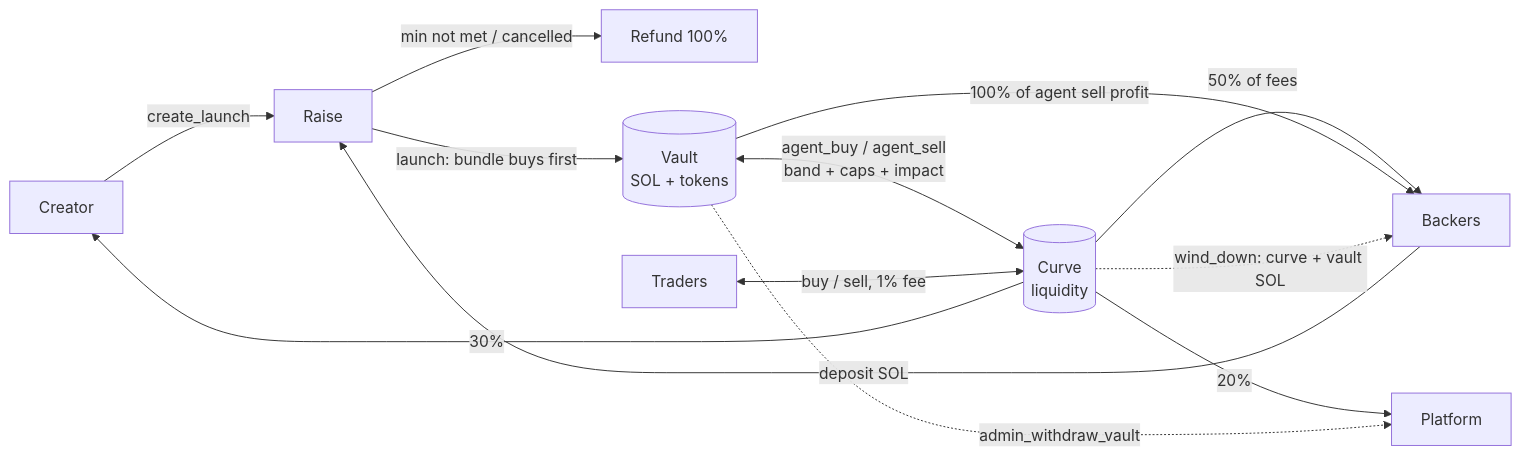
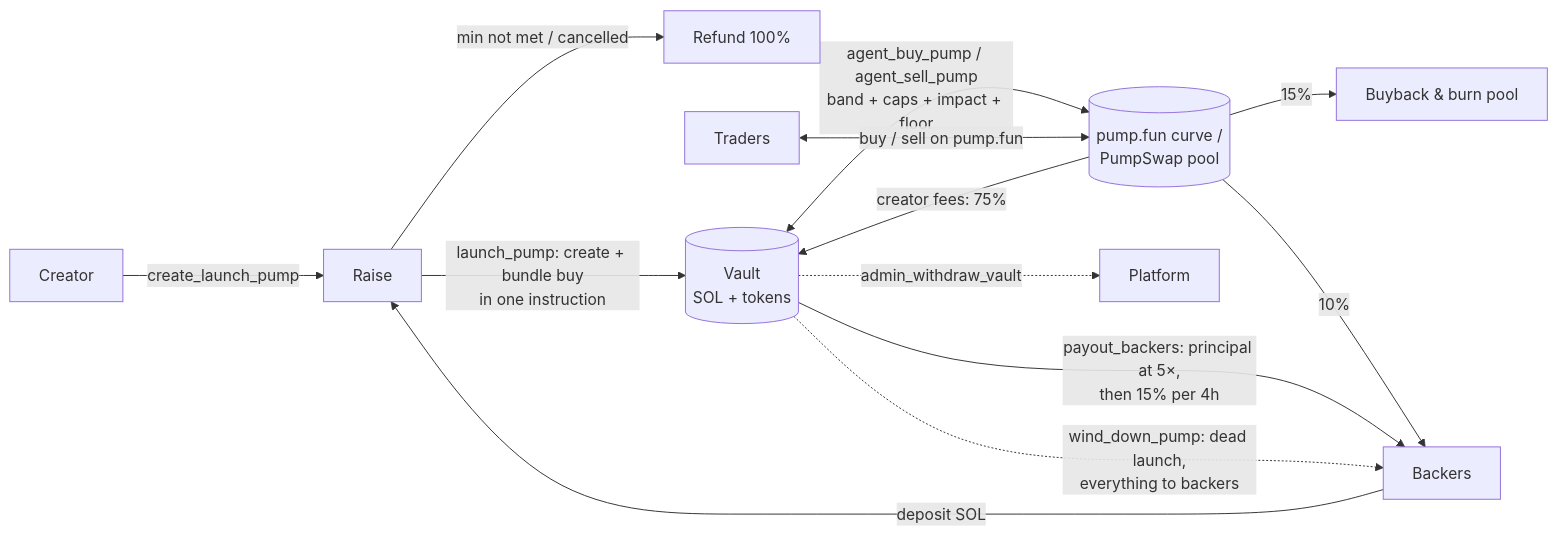
One commit to realdoomsman/moshsol changed the diagram in README.md. Above: the diagram before and after it, drawn with Mermaid. The commit also changed other lines of this file and 230 other files, not shown here.

````diff
--- a/README.md
+++ b/README.md
@@ -10,15 +17,15 @@
 ```mermaid
 flowchart LR
-  C[Creator] -->|create_launch| R[Raise]
+  C[Creator] -->|create_launch_pump| R[Raise]
   B[Backers] -->|deposit SOL| R
   R -->|min not met / cancelled| RF[Refund 100%]
-  R -->|launch: bundle buys first| V[(Vault<br/>SOL + tokens)]
-  V <-->|agent_buy / agent_sell<br/>band + caps + impact| CU[(Curve<br/>liquidity)]
-  T[Traders] <-->|buy / sell, 1% fee| CU
-  CU -->|50% of fees| B
-  CU -->|30%| C
-  CU -->|20%| P[Platform]
-  V -->|100% of agent sell profit| B
-  V -.->|admin_withdraw_vault| P
-  CU -.->|wind_down: curve + vault SOL| B
+  R -->|launch_pump: create + bundle buy<br/>in one instruction| V[(Vault<br/>SOL + tokens)]
+  V <-->|agent_buy_pump / agent_sell_pump<br/>band + caps + impact + floor| CU[(pump.fun curve /<br/>PumpSwap pool)]
+  T[Traders] <-->|buy / sell on pump.fun| CU
+  CU -->|creator fees: 75%| V
+  CU -->|15%| BB[Buyback & burn pool]
+  CU -->|10%| B
+  V -->|payout_backers: principal at 5×,<br/>then 15% per 4h| B
+  V -.->|admin_withdraw_vault| P[Platform]
+  V -.->|wind_down_pump: dead launch,<br/>everything to backers| B
 ```
````
